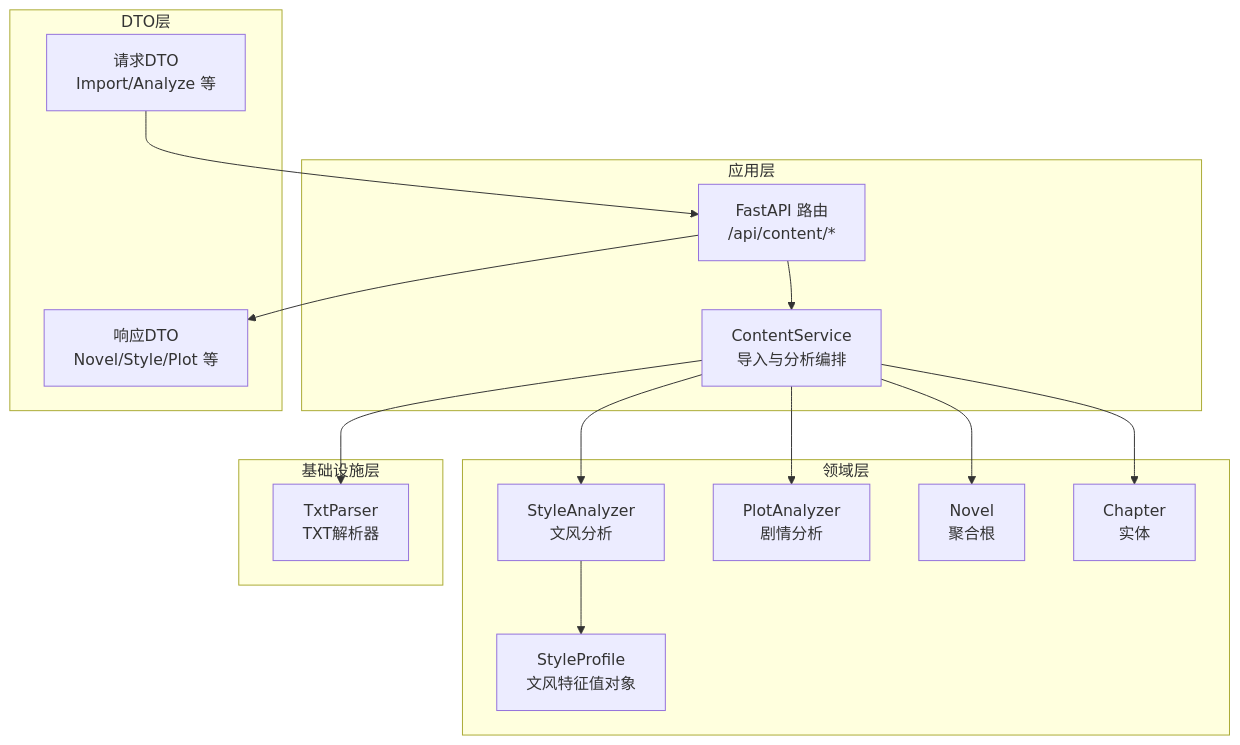
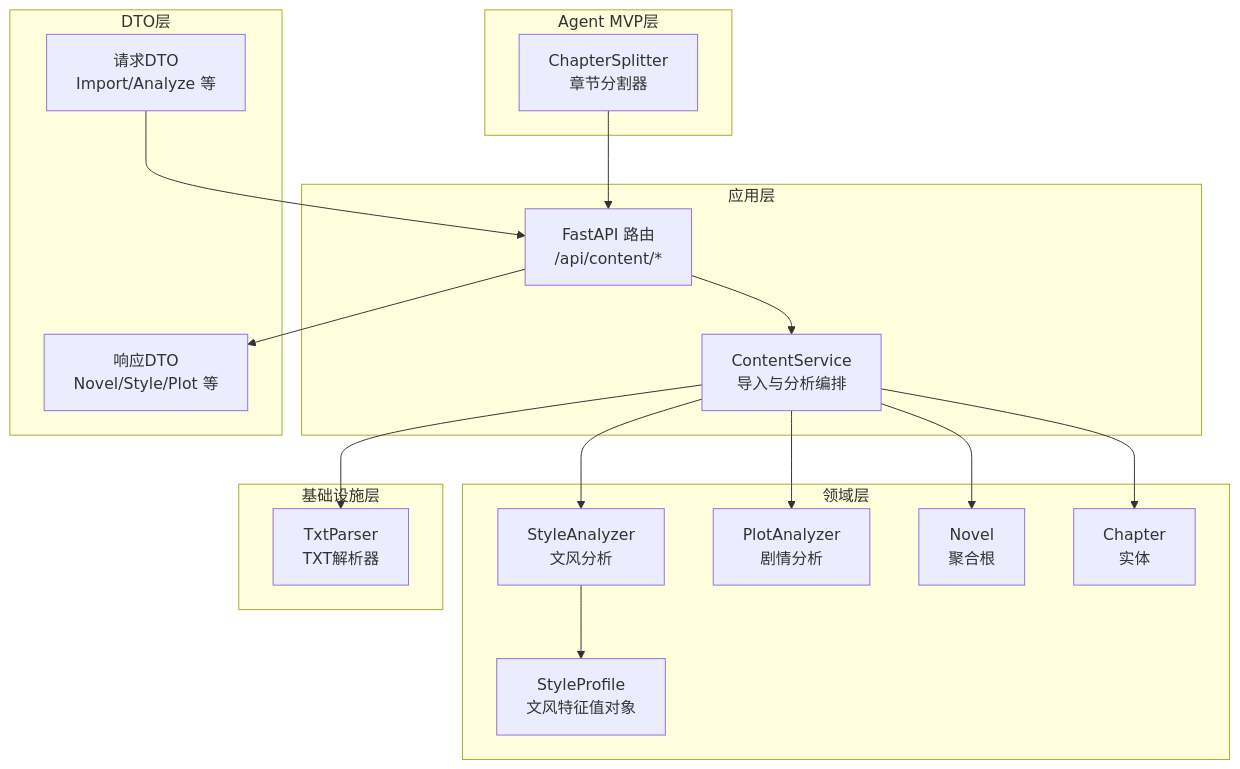
The first of 10 diagrams in .qoder/repowiki/zh/content/核心功能模块/小说导入与分析模块/小说导入与分析模块.md (octsfm/InkTrace), drawn with Mermaid before and after one commit. The commit also changed other lines of this file and 25 other files, not shown here.

````diff
--- a/.qoder/repowiki/zh/content/核心功能模块/小说导入与分析模块/小说导入与分析模块.md
+++ b/.qoder/repowiki/zh/content/核心功能模块/小说导入与分析模块/小说导入与分析模块.md
@@ -51,30 +54,34 @@
 ```mermaid
 graph TB
 subgraph "应用层"
 CS["ContentService<br/>导入与分析编排"]
 API["FastAPI 路由<br/>/api/content/*"]
 end
 subgraph "领域层"
 SA["StyleAnalyzer<br/>文风分析"]
 PA["PlotAnalyzer<br/>剧情分析"]
 SP["StyleProfile<br/>文风特征值对象"]
 NOV["Novel<br/>聚合根"]
 CH["Chapter<br/>实体"]
 end
 subgraph "基础设施层"
 TP["TxtParser<br/>TXT解析器"]
 end
+subgraph "Agent MVP层"
+CSplit["ChapterSplitter<br/>章节分割器"]
+end
 subgraph "DTO层"
 REQ["请求DTO<br/>Import/Analyze 等"]
 RES["响应DTO<br/>Novel/Style/Plot 等"]
 end
 API --> CS
 CS --> TP
 CS --> SA
 CS --> PA
 SA --> SP
 CS --> NOV
 CS --> CH
+CSplit --> API
 API --> RES
 REQ --> API
 ```
````
